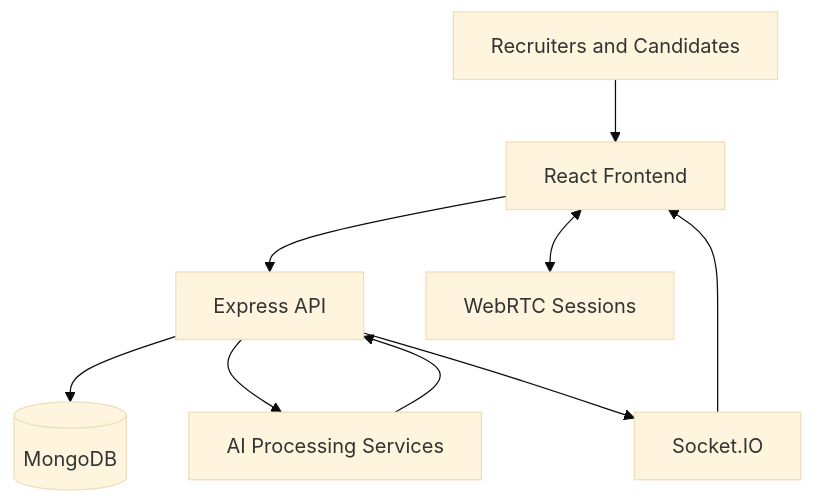
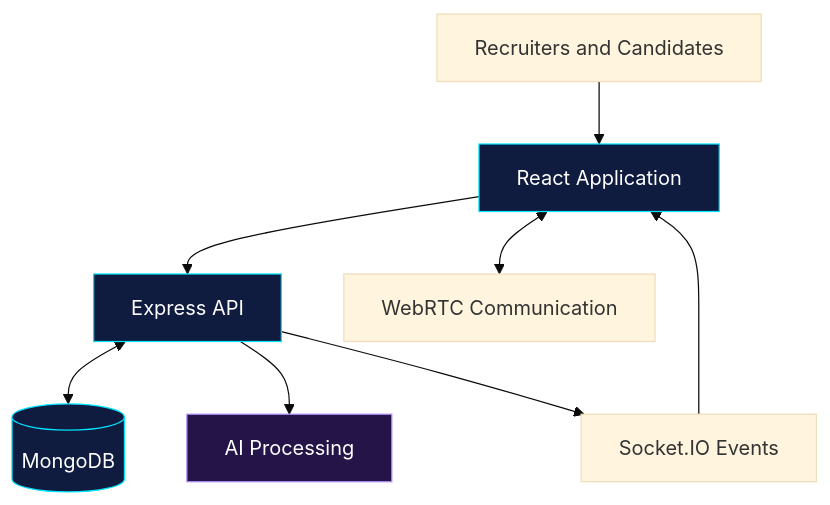
The second of 3 diagrams in README.md (sandhruv/sandhruv), drawn with Mermaid (base theme) before and after one commit. The commit also changed other lines of this file, not shown here.

````diff
--- a/README.md
+++ b/README.md
@@ -157,11 +170,15 @@
 ```mermaid
 flowchart TD
-    U[Recruiters and Candidates] --> F[React Frontend]
-    F --> A[Express API]
-    A --> DB[(MongoDB)]
-    A --> AI[AI Processing Services]
-    A --> RT[Socket.IO]
-    F <--> RTC[WebRTC Sessions]
-    RT --> F
-    AI --> A
+    U[Recruiters and Candidates] --> UI[React Application]
+    UI --> API[Express API]
+    API <--> DB[(MongoDB)]
+    API --> AI[AI Processing]
+    API --> RT[Socket.IO Events]
+    UI <--> RTC[WebRTC Communication]
+    RT --> UI
+
+    style UI fill:#101B40,stroke:#00E5FF,color:#FFFFFF
+    style API fill:#101B40,stroke:#00E5FF,color:#FFFFFF
+    style AI fill:#241447,stroke:#A78BFA,color:#FFFFFF
+    style DB fill:#101B40,stroke:#00E5FF,color:#FFFFFF
 ```
````
